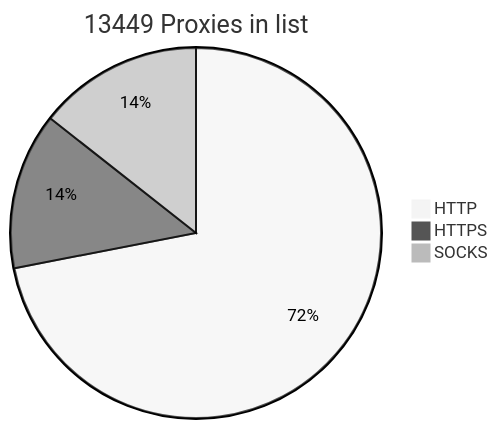
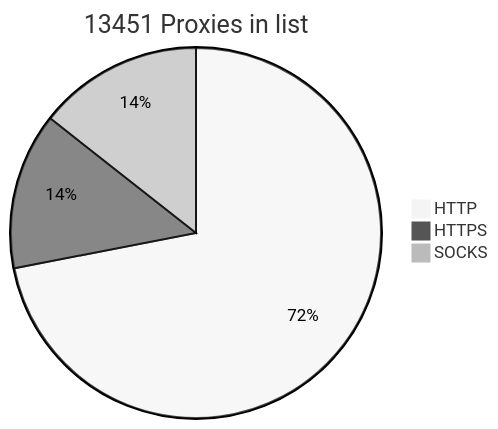
Before and after one commit to BlackSnowDot/proxylist-update-every-minute: the diagram in README.md, drawn with Mermaid (neutral theme). The commit also changed other lines of this file, not shown here.

````diff
--- a/README.md
+++ b/README.md
@@ -2,6 +2,6 @@
 ```mermaid
-pie title 13449 Proxies in list
-    "HTTP" : 9993
-    "HTTPS": 1898
+pie title 13451 Proxies in list
+    "HTTP" : 9992
+    "HTTPS": 1897
     "SOCKS" : 1998
 ```
````
